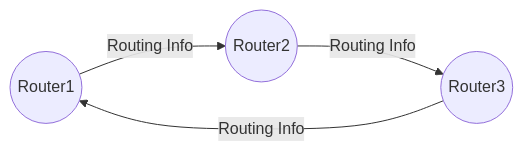
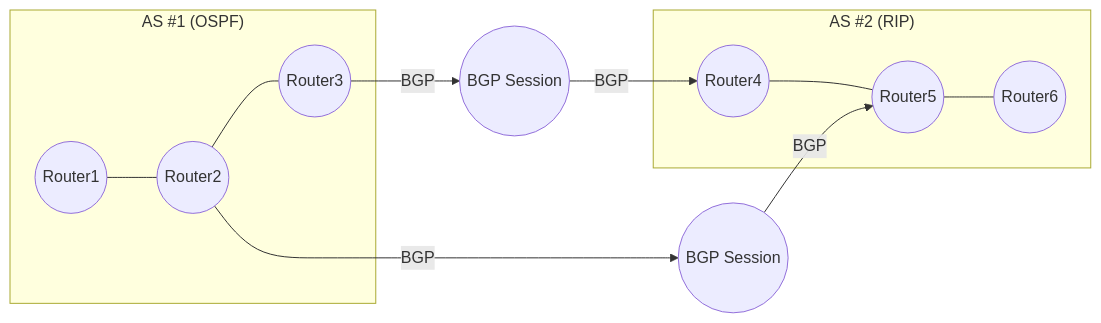
Before and after one commit to uecken/docs: diagram 12 of 15 in 新人エンジニアが学ぶ無線とIPネットワーク/readme.md, drawn with Mermaid. The commit also changed other lines of this file, not shown here.

Commit message:
changed image

````diff
--- a/新人エンジニアが学ぶ無線とIPネットワーク/readme.md
+++ b/新人エンジニアが学ぶ無線とIPネットワーク/readme.md
@@ -178,6 +180,30 @@
 ```mermaid
 flowchart LR
-    R1((Router1)) -- Routing Info --> R2((Router2))
-    R2 -- Routing Info --> R3((Router3))
-    R3 -- Routing Info --> R1
+    subgraph AS1 ["AS #1 (OSPF)"]
+        R1((Router1)) --- R2((Router2))
+        R2 --- R3((Router3))
+    end
+
+    subgraph AS2 ["AS #2 (RIP)"]
+        R4((Router4)) --- R5((Router5))
+        R5 --- R6((Router6))
+    end
+
+    %% BGPセクション：AS間の経路交換
+    BGP1(("BGP Session")) 
+    BGP2(("BGP Session")) 
+
+    %% 接続関係
+    R3 -- "BGP" --> BGP1
+    BGP1 -- "BGP" --> R4
+    R2 -- "BGP" --> BGP2
+    BGP2 -- "BGP" --> R5
+
+    %% ルータ同士の注釈
+    R1:::ospfStyle
+    R2:::ospfStyle
+    R3:::ospfStyle
+    R4:::ripStyle
+    R5:::ripStyle
+    R6:::ripStyle
 ```
````
